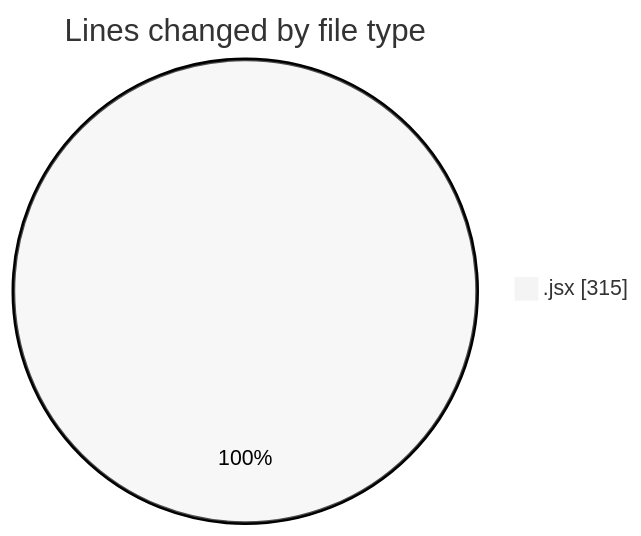
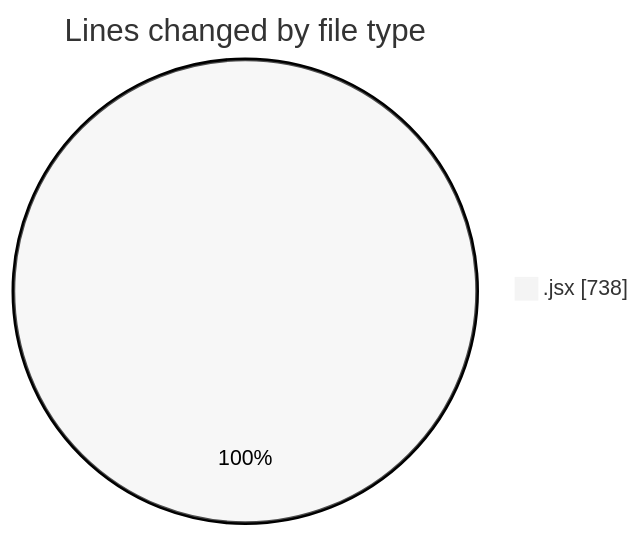
Before and after one commit to nxtqubesakshisongat/code-tracking: the first of 2 diagrams in 2025-05-19/nxtqube_webapp/README.md, drawn with Mermaid (neutral theme). The commit also changed other lines of this file and 1 other file, not shown here.

````diff
--- a/2025-05-19/nxtqube_webapp/README.md
+++ b/2025-05-19/nxtqube_webapp/README.md
@@ -20,5 +21,5 @@
 ```mermaid
 pie showData
 title Lines changed by file type
-".jsx" : 315
+".jsx" : 738
 ```
````
